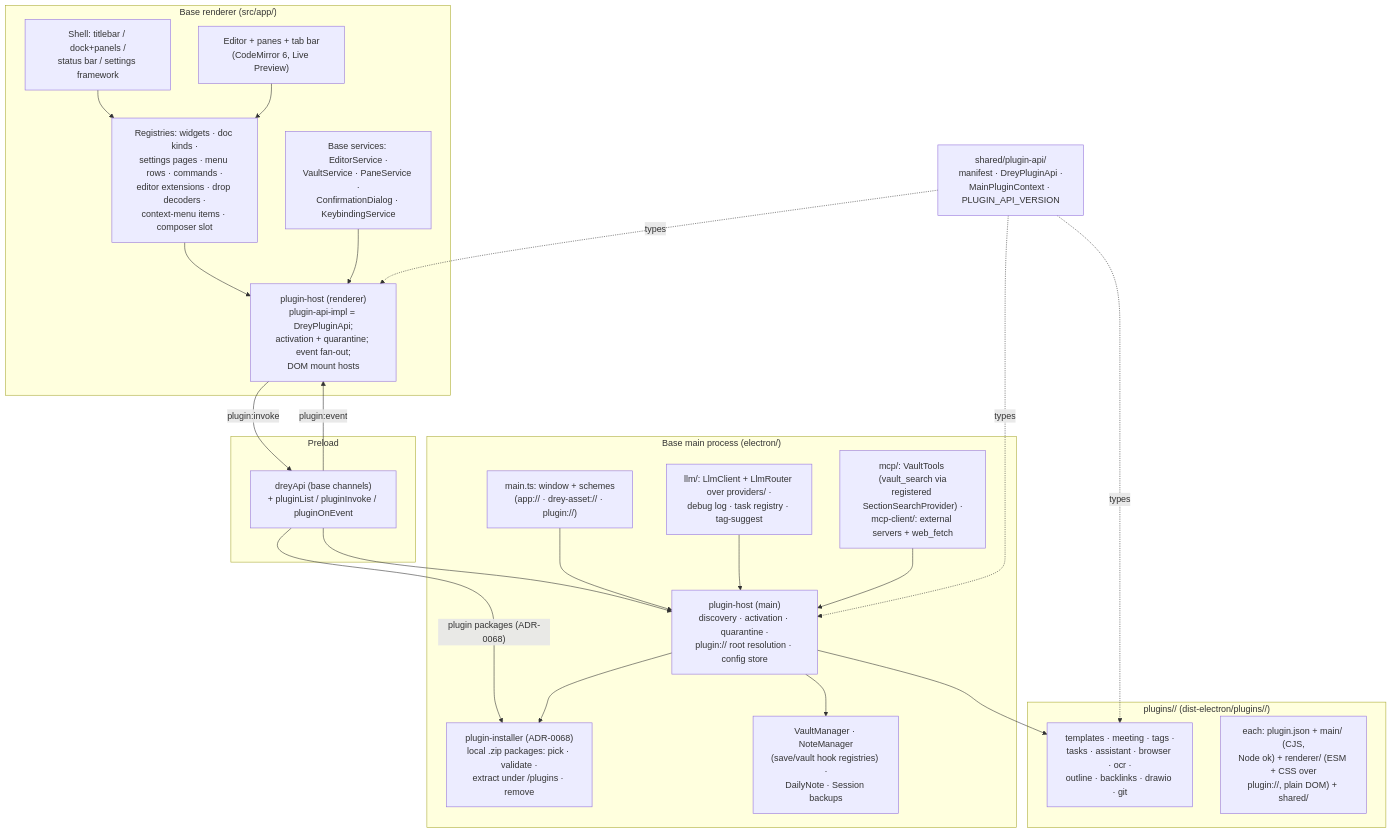
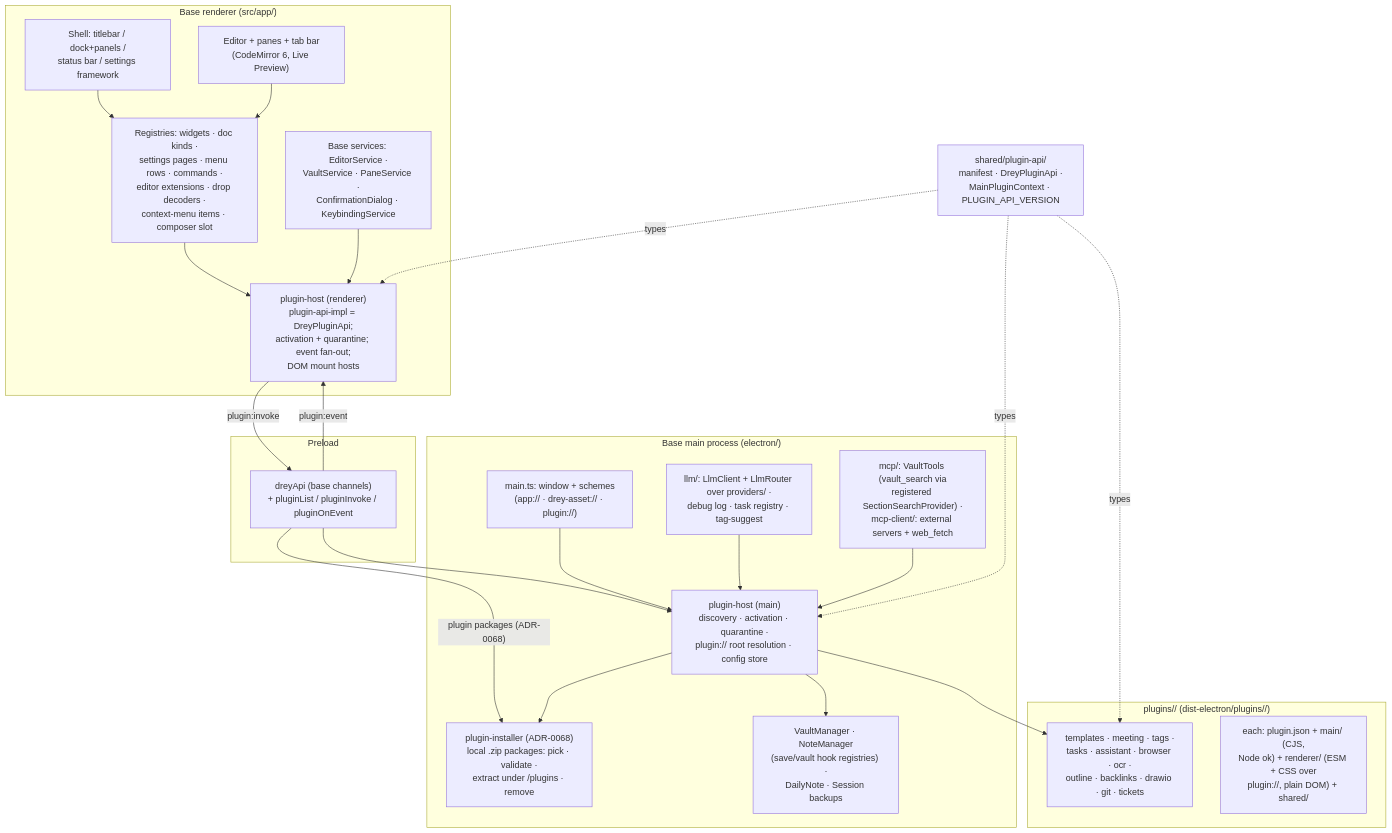
Before and after one commit to HenrikPuls/Drey: the second of 5 diagrams in docs/05_building_block_view.md, drawn with Mermaid. The commit also changed other lines of this file and 23 other files, not shown here.

````diff
--- a/docs/05_building_block_view.md
+++ b/docs/05_building_block_view.md
@@ -276,44 +278,44 @@
 ```mermaid
 graph TB
     subgraph PR["Base renderer (src/app/)"]
         Shell["Shell: titlebar / dock+panels /<br/>status bar / settings framework"]
         Editor["Editor + panes + tab bar<br/>(CodeMirror 6, Live Preview)"]
         Registries["Registries: widgets · doc kinds ·<br/>settings pages · menu rows · commands ·<br/>editor extensions · drop decoders ·<br/>context-menu items · composer slot"]
         HostR["plugin-host (renderer)<br/>plugin-api-impl = DreyPluginApi;<br/>activation + quarantine; event fan-out;<br/>DOM mount hosts"]
         Services["Base services: EditorService ·<br/>VaultService · PaneService ·<br/>ConfirmationDialog · KeybindingService"]
     end
     subgraph Preload["Preload"]
         Bridge["dreyApi (base channels)<br/>+ pluginList / pluginInvoke / pluginOnEvent"]
     end
     subgraph Main["Base main process (electron/)"]
         MainTs["main.ts: window + schemes<br/>(app:// · drey-asset:// · plugin://)"]
         HostM["plugin-host (main)<br/>discovery · activation · quarantine ·<br/>plugin:// root resolution · config store"]
         Installer["plugin-installer (ADR-0068)<br/>local .zip packages: pick · validate ·<br/>extract under <userData>/plugins · remove"]
         IO["VaultManager · NoteManager<br/>(save/vault hook registries) ·<br/>DailyNote · Session backups"]
         LLM["llm/: LlmClient + LlmRouter over providers/ ·<br/>debug log · task registry · tag-suggest"]
         MCP["mcp/: VaultTools (vault_search via<br/>registered SectionSearchProvider) ·<br/>mcp-client/: external servers + web_fetch"]
     end
     subgraph Plugins["plugins/<id>/  (dist-electron/plugins/<id>/)"]
-        P1["templates · meeting · tags ·<br/>tasks · assistant · browser · ocr ·<br/>outline · backlinks · drawio · git"]
+        P1["templates · meeting · tags ·<br/>tasks · assistant · browser · ocr ·<br/>outline · backlinks · drawio · git · tickets"]
         P2["each: plugin.json + main/ (CJS,<br/>Node ok) + renderer/ (ESM + CSS over<br/>plugin://, plain DOM) + shared/"]
     end
     SDK["shared/plugin-api/<br/>manifest · DreyPluginApi ·<br/>MainPluginContext · PLUGIN_API_VERSION"]
 
     Shell --> Registries
     Registries --> HostR
     Editor --> Registries
     HostR -->|"plugin:invoke"| Bridge
     Bridge -->|"plugin:event"| HostR
     Bridge --> HostM
     Bridge -->|"plugin packages (ADR-0068)"| Installer
     HostM --> P1
     MainTs --> HostM
     HostM --> IO
     HostM --> Installer
     Services --> HostR
     LLM --> HostM
     MCP --> HostM
     SDK -.->|types| HostR
     SDK -.->|types| HostM
     SDK -.->|types| P1
 ```
````
